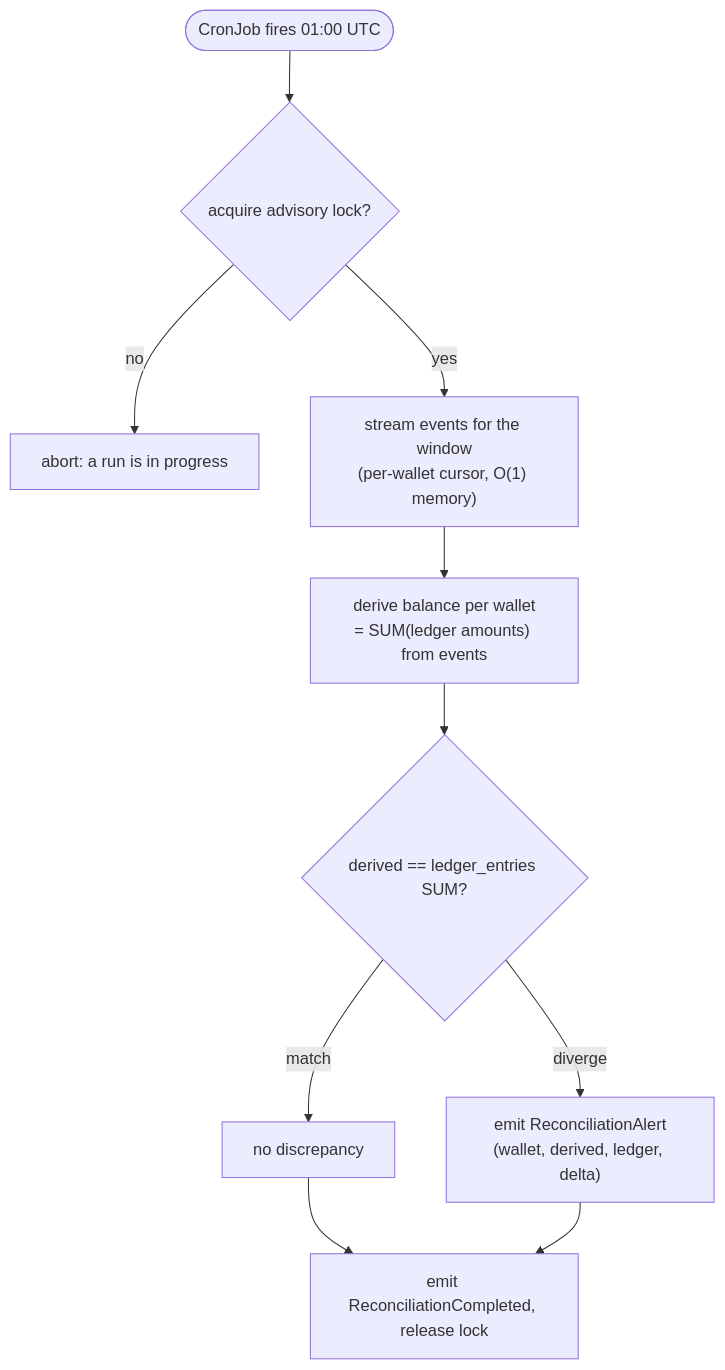
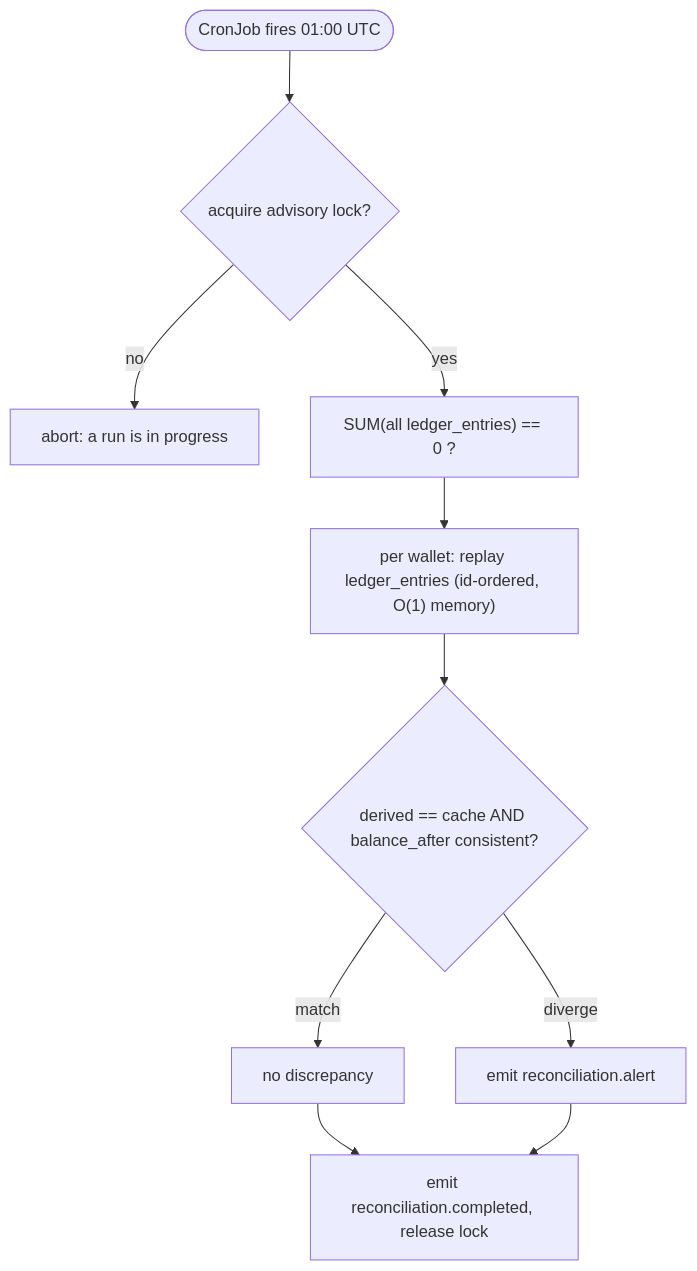
The diagram in docs/services/14-RECONCILIATION.md (Joel-Ajayi/river-rust-queue), drawn with Mermaid before and after one commit. The commit also changed other lines of this file and 17 other files, not shown here.

Commit message:
Changed architecture to use Kafka instead of Redis stream

````diff
--- a/docs/services/14-RECONCILIATION.md
+++ b/docs/services/14-RECONCILIATION.md
@@ -142,12 +155,12 @@
 ```mermaid
 flowchart TD
     cron(["CronJob fires 01:00 UTC"]) --> lock{"acquire advisory lock?"}
     lock -->|no| abort["abort: a run is in progress"]
-    lock -->|yes| stream["stream events for the window<br/>(per-wallet cursor, O(1) memory)"]
-    stream --> derive["derive balance per wallet<br/>= SUM(ledger amounts) from events"]
-    derive --> compare{"derived == ledger_entries SUM?"}
+    lock -->|yes| total["SUM(all ledger_entries) == 0 ?"]
+    total --> stream["per wallet: replay ledger_entries (id-ordered, O(1) memory)"]
+    stream --> compare{"derived == cache AND balance_after consistent?"}
     compare -->|match| ok["no discrepancy"]
-    compare -->|diverge| alert["emit ReconciliationAlert<br/>(wallet, derived, ledger, delta)"]
-    ok --> done["emit ReconciliationCompleted, release lock"]
+    compare -->|diverge| alert["emit reconciliation.alert"]
+    ok --> done["emit reconciliation.completed, release lock"]
     alert --> done
 ```
````
